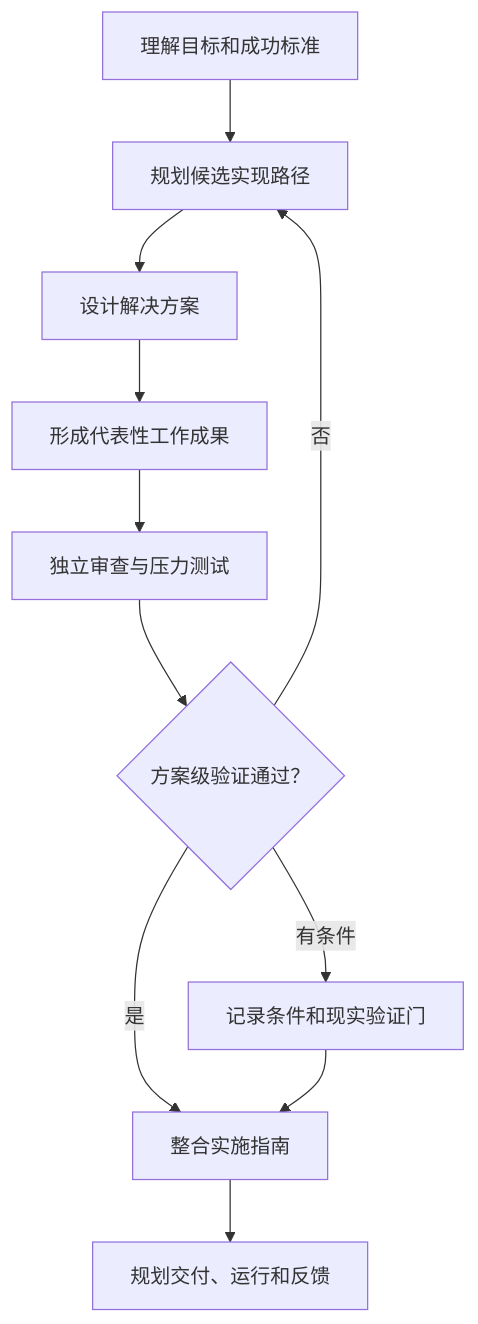
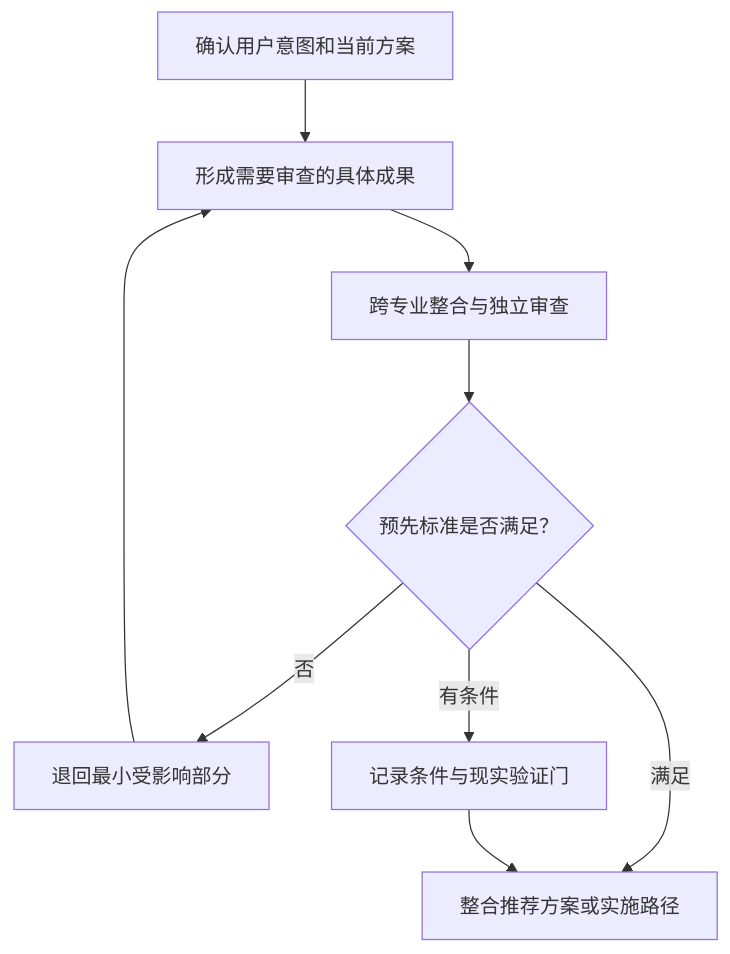
One commit to yantaolu/goal-orchestrator changed the first of 2 diagrams in references/simulation-protocol.md. Above: the diagram before and after it, drawn with Mermaid. The commit also changed other lines of this file and 9 other files, not shown here.

````diff
--- a/references/simulation-protocol.md
+++ b/references/simulation-protocol.md
@@ -109,13 +93,11 @@
 ```mermaid
 flowchart TD
-    U["理解目标和成功标准"] --> P["规划候选实现路径"]
-    P --> D["设计解决方案"]
-    D --> B["形成代表性工作成果"]
-    B --> V["独立审查与压力测试"]
-    V --> Q{"方案级验证通过？"}
-    Q -- "否" --> P
-    Q -- "有条件" --> C["记录条件和现实验证门"]
-    Q -- "是" --> I["整合实施指南"]
-    C --> I
-    I --> R["规划交付、运行和反馈"]
+    A["确认用户意图和当前方案"] --> B["形成需要审查的具体成果"]
+    B --> C["跨专业整合与独立审查"]
+    C --> D{"预先标准是否满足？"}
+    D -- "否" --> E["退回最小受影响部分"]
+    E --> B
+    D -- "有条件" --> F["记录条件与现实验证门"]
+    D -- "满足" --> G["整合推荐方案或实施路径"]
+    F --> G
 ```
````
